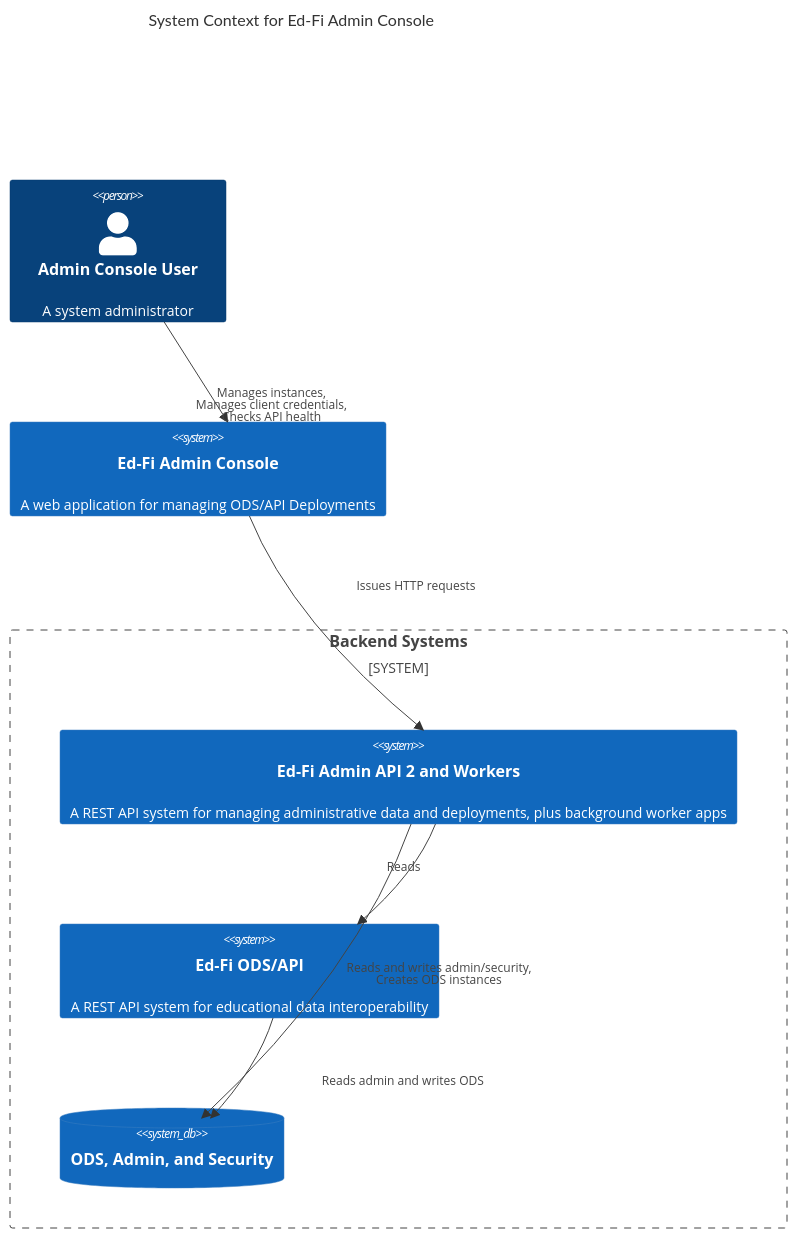
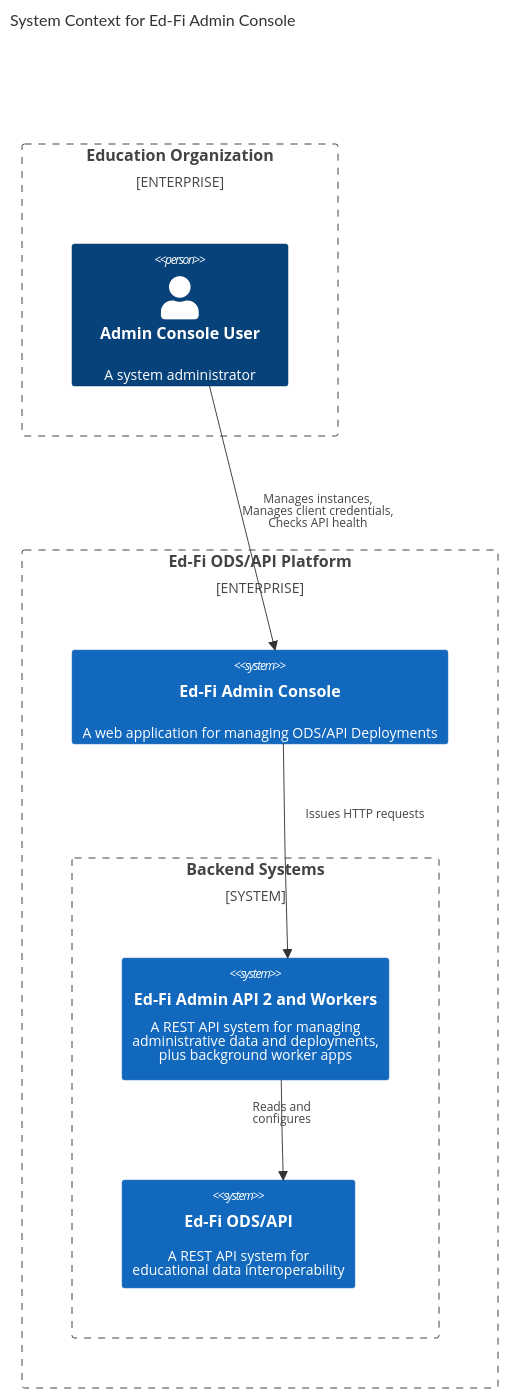
One commit to Ed-Fi-Alliance-OSS/AdminAPI-2.x changed the first of 2 diagrams in docs/design/adminconsole/readme.md. Above: the diagram before and after it, drawn with Mermaid. The commit also changed 3 other files, not shown here.

Commit message:
Diagram improvements Move health check notes into new health check doc Move Admin API notes into new Admin API doc and expand on them

````diff
--- a/docs/design/adminconsole/readme.md
+++ b/docs/design/adminconsole/readme.md
@@ -29,33 +29,28 @@
 ```mermaid
 C4Context
     title System Context for Ed-Fi Admin Console
 
-    Person(User, "Admin Console User", "A system administrator")
+    Enterprise_Boundary(edorg, "Education Organization") {
+        Person(User, "Admin Console User", "A system administrator")
+    }
 
-    System(AdminConsole, "Ed-Fi Admin Console", "A web application for managing ODS/API Deployments")
+    Enterprise_Boundary(edfi, "Ed-Fi ODS/API Platform") {
+        System(AdminConsole, "Ed-Fi Admin Console", "A web application for managing ODS/API Deployments")
 
-    System_Boundary(backend, "Backend Systems") {
+        System_Boundary(backend, "Backend Systems") {
+            System(AdminAPI, "Ed-Fi Admin API 2 and Workers", "A REST API system for managing<br />administrative data and deployments,<br />plus background worker apps")
+            System(OdsApi, "Ed-Fi ODS/API", "A REST API system for<br />educational data interoperability")
+        }
+    }
 
-        System(AdminAPI, "Ed-Fi Admin API 2 and Workers", "A REST API system for managing administrative data and deployments, plus background worker apps")
-
-        System(OdsApi, "Ed-Fi ODS/API", "A REST API system for educational data interoperability")
-        SystemDb(dbs, "ODS, Admin, and Security")
-    }
-    
     Rel(User, AdminConsole, "Manages instances,<br/>Manages client credentials,<br/>Checks API health")
-    UpdateRelStyle(User, AdminConsole, $offsetX="0", $offsetY="30")
+    UpdateRelStyle(User, AdminConsole, $offsetX="0", $offsetY="-10")
 
     Rel(AdminConsole, AdminAPI, "Issues HTTP requests")
     UpdateRelStyle(AdminConsole, AdminAPI, $offsetY="-40", $offsetX="20")
 
-    Rel(AdminAPI, dbs, "Reads and writes admin/security,<br />Creates ODS instances")
-    UpdateRelStyle(AdminAPI, dbs, $offsetY="0", $offsetX="40")
-
-    Rel(AdminAPI, OdsApi, "Reads")
-    UpdateRelStyle(AdminAPI, OdsApi, $offsetY="-10", $offsetX="-10")
-
-    Rel(OdsApi, dbs, "Reads admin and writes ODS")
-    UpdateRelStyle(OdsApi, dbs, $offsetY="10", $offsetX="80")
+    Rel(AdminAPI, OdsApi, "Reads and<br />configures")
+    UpdateRelStyle(AdminAPI, OdsApi, $offsetY="-20", $offsetX="-30")
 
     UpdateLayoutConfig($c4ShapeInRow="2", $c4BoundaryInRow="1")
 ```
````
